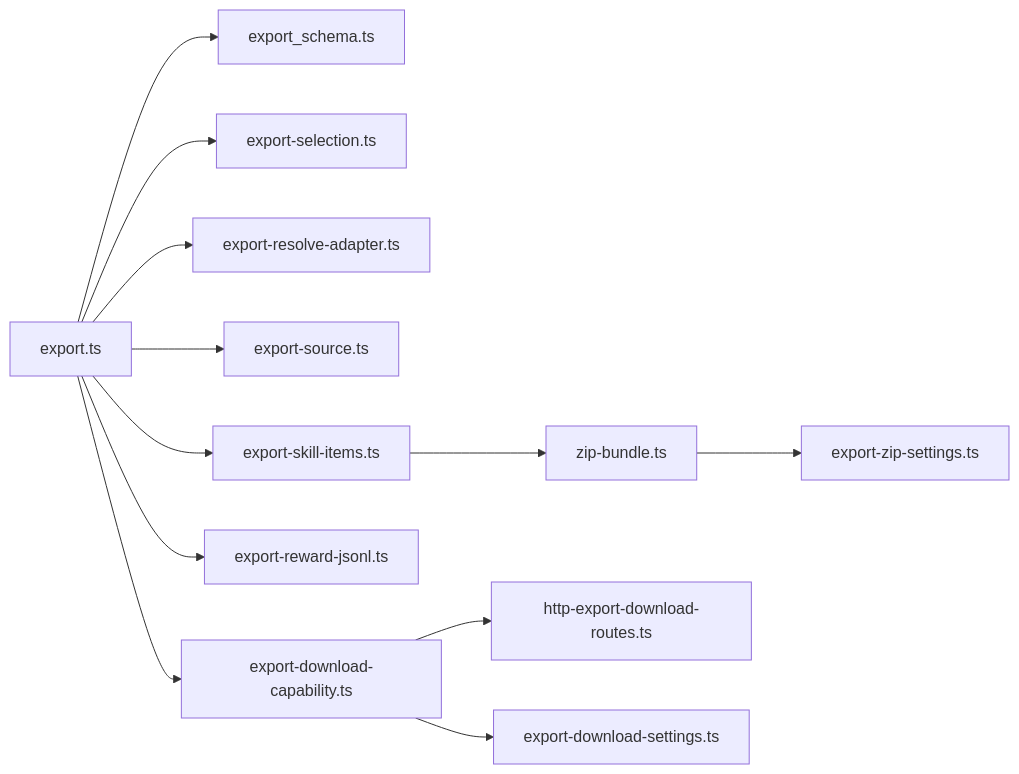
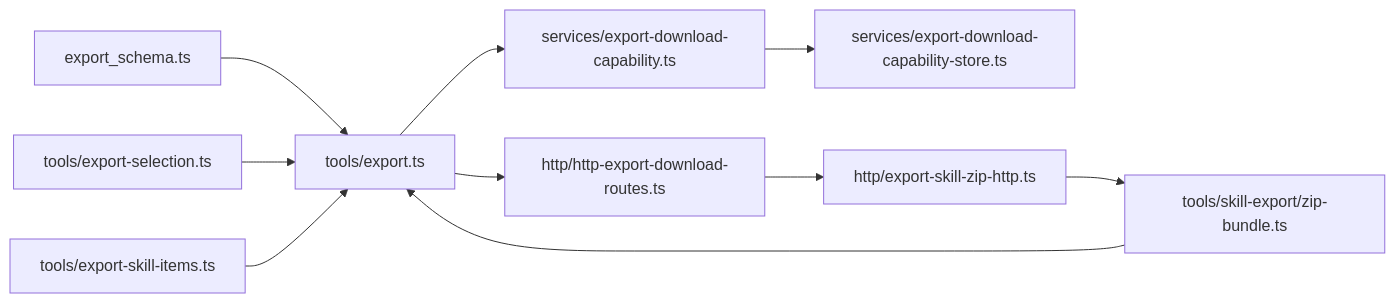
The fourth of 4 diagrams in .qoder/repowiki/en/content/MCP Tools Reference/Export Tool.md (SquadRules/mcp), drawn with Mermaid before and after one commit. The commit also changed other lines of this file and 553 other files, not shown here.

````diff
--- a/.qoder/repowiki/en/content/MCP Tools Reference/Export Tool.md
+++ b/.qoder/repowiki/en/content/MCP Tools Reference/Export Tool.md
@@ -297,14 +290,12 @@
 ```mermaid
 graph LR
-Export["export.ts"] --> Schema["export_schema.ts"]
-Export --> Selection["export-selection.ts"]
-Export --> Adapter["export-resolve-adapter.ts"]
-Export --> Source["export-source.ts"]
-Export --> SkillItems["export-skill-items.ts"]
-SkillItems --> Zip["zip-bundle.ts"]
-Export --> Jsonl["export-reward-jsonl.ts"]
-Export --> Cap["export-download-capability.ts"]
-Cap --> Http["http-export-download-routes.ts"]
-Cap --> Dls["export-download-settings.ts"]
-Zip --> Zs["export-zip-settings.ts"]
+Schema["export_schema.ts"] --> Tool["tools/export.ts"]
+Selection["tools/export-selection.ts"] --> Tool
+SkillItems["tools/export-skill-items.ts"] --> Tool
+Zip["tools/skill-export/zip-bundle.ts"] --> Tool
+Tool --> DownloadCap["services/export-download-capability.ts"]
+DownloadCap --> Store["services/export-download-capability-store.ts"]
+Tool --> Routes["http/http-export-download-routes.ts"]
+Routes --> StreamZip["http/export-skill-zip-http.ts"]
+StreamZip --> Zip
 ```
````
